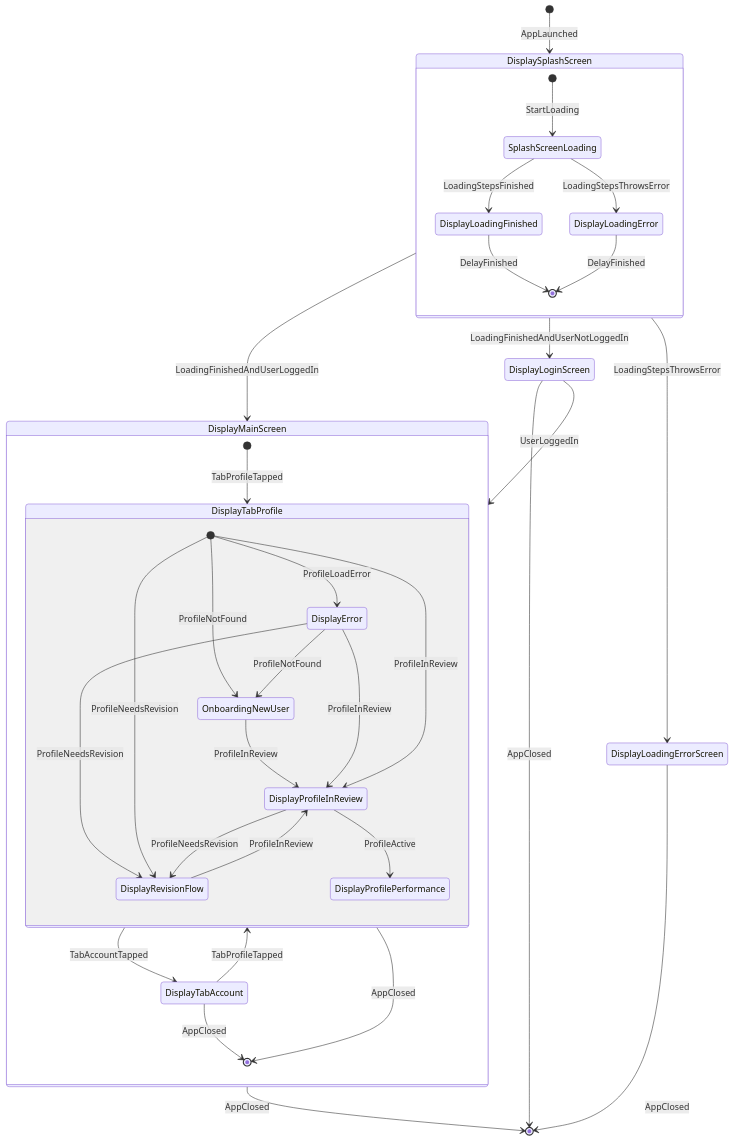
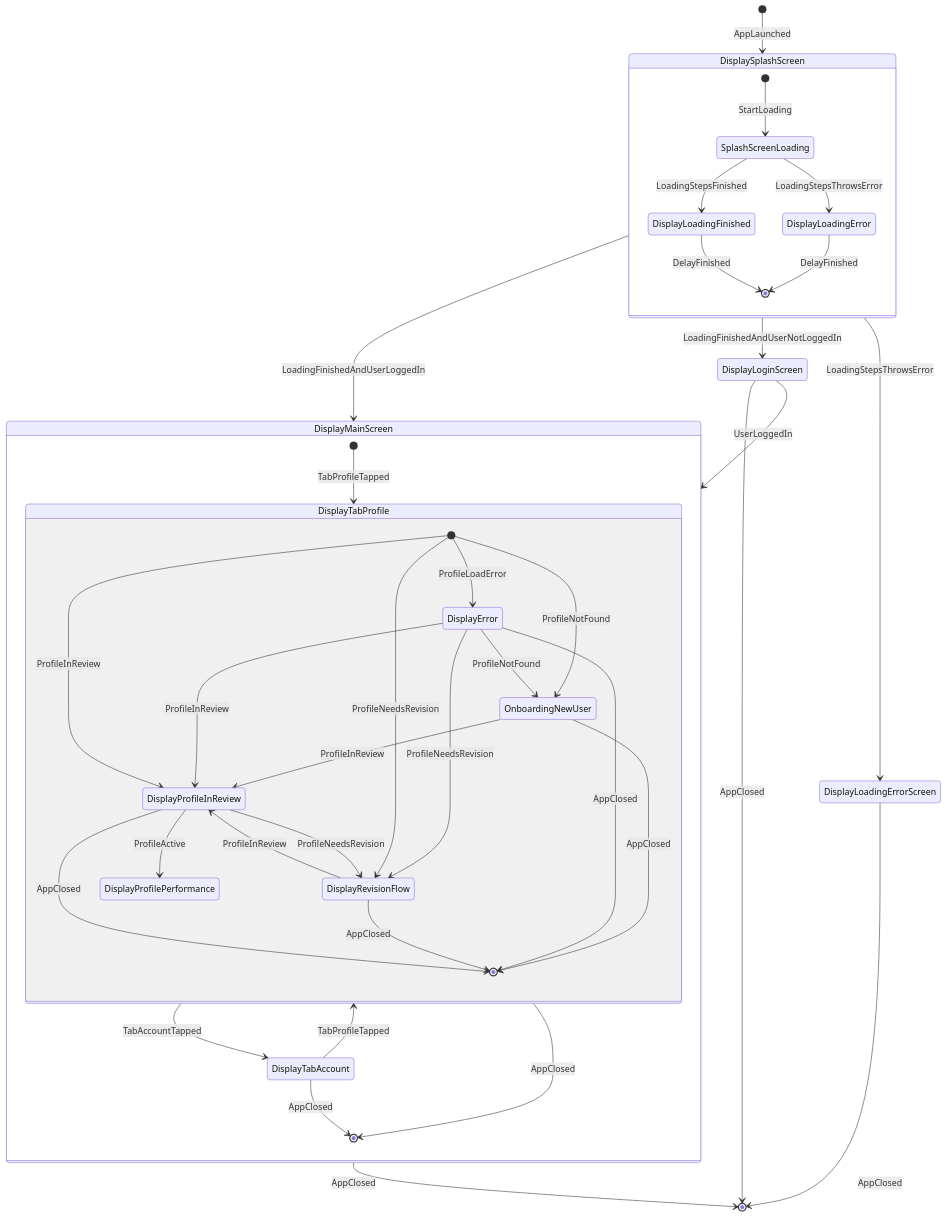
One commit to irwansyahwii/flutter-solid-dependency-injection changed the diagram in flutter_solid/README.md. Above: the diagram before and after it, drawn with Mermaid.

Commit message:
chore(diagram): add final state

````diff
--- a/flutter_solid/README.md
+++ b/flutter_solid/README.md
@@ -10,57 +10,63 @@
 ```mermaid
 
 stateDiagram-v2  
   [*] --> DisplaySplashScreen : AppLaunched
 
 DisplaySplashScreen --> DisplayMainScreen : LoadingFinishedAndUserLoggedIn
 DisplaySplashScreen --> DisplayLoginScreen : LoadingFinishedAndUserNotLoggedIn
 DisplaySplashScreen --> DisplayLoadingErrorScreen: LoadingStepsThrowsError
 
 DisplayMainScreen --> [*] : AppClosed
 
 DisplayLoginScreen --> [*] : AppClosed
 DisplayLoginScreen --> DisplayMainScreen : UserLoggedIn
 
 DisplayLoadingErrorScreen --> [*] : AppClosed
 
 state DisplaySplashScreen {
   [*] --> SplashScreenLoading : StartLoading
 
   SplashScreenLoading --> DisplayLoadingFinished : LoadingStepsFinished
   SplashScreenLoading --> DisplayLoadingError : LoadingStepsThrowsError
 
   DisplayLoadingFinished --> [*] : DelayFinished
   DisplayLoadingError --> [*] : DelayFinished
 }
 
 state DisplayMainScreen {
   [*] --> DisplayTabProfile : TabProfileTapped
 
   DisplayTabProfile --> DisplayTabAccount : TabAccountTapped
   DisplayTabProfile --> [*] : AppClosed
 
   DisplayTabAccount --> DisplayTabProfile : TabProfileTapped
   DisplayTabAccount --> [*] : AppClosed
 
   state DisplayTabProfile {
     [*] --> OnboardingNewUser : ProfileNotFound
 
     OnboardingNewUser --> DisplayProfileInReview : ProfileInReview
+    OnboardingNewUser --> [*] : AppClosed
 
     [*] --> DisplayError : ProfileLoadError
     DisplayError --> OnboardingNewUser : ProfileNotFound
     DisplayError --> DisplayProfileInReview : ProfileInReview
     DisplayError --> DisplayRevisionFlow : ProfileNeedsRevision
+    DisplayError --> [*] : AppClosed
 
     [*] --> DisplayRevisionFlow : ProfileNeedsRevision
     DisplayRevisionFlow --> DisplayProfileInReview : ProfileInReview
+    DisplayRevisionFlow --> [*] : AppClosed
 
     [*] --> DisplayProfileInReview : ProfileInReview
     DisplayProfileInReview --> DisplayRevisionFlow : ProfileNeedsRevision
     DisplayProfileInReview --> DisplayProfilePerformance : ProfileActive
+    DisplayProfileInReview --> [*] : AppClosed
+
+
 
   }
 
 }
 
 ```
````
